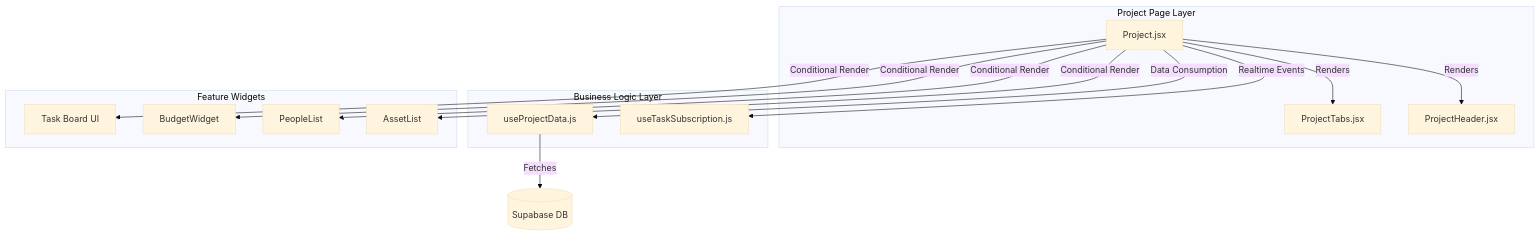
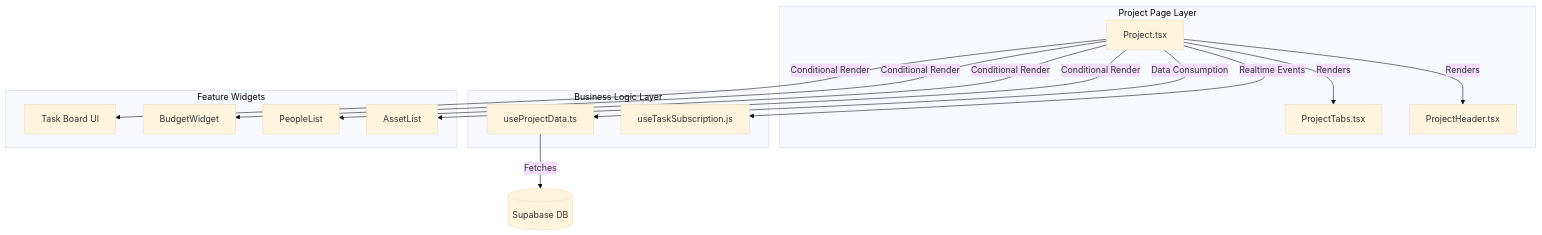
One commit to JoelA510/PlanterPlan-Alpha changed the sixth of 7 diagrams in .ai-ignore/docs/FULL_ARCHITECTURE.md. Above: the diagram before and after it, drawn with Mermaid (base theme). The commit also changed other lines of this file and 25 other files, not shown here.

Commit message:
docs: Update architecture, context, and prompts for Wave 16 build stabilization

````diff
--- a/.ai-ignore/docs/FULL_ARCHITECTURE.md
+++ b/.ai-ignore/docs/FULL_ARCHITECTURE.md
@@ -932,33 +933,33 @@
 ```mermaid
 graph TD
     subgraph Page [Project Page Layer]
-        PageComp[Project.jsx]
-        Tabs[ProjectTabs.jsx]
-        Header[ProjectHeader.jsx]
+        PageComp[Project.tsx]
+        Tabs[ProjectTabs.tsx]
+        Header[ProjectHeader.tsx]
     end
 
     subgraph Logic [Business Logic Layer]
-        Hook[useProjectData.js]
+        Hook[useProjectData.ts]
         Sub[useTaskSubscription.js]
     end
 
     subgraph Feature [Feature Widgets]
         Board[Task Board UI]
         Budget[BudgetWidget]
         People[PeopleList]
         Assets[AssetList]
     end
 
     PageComp -->|Data Consumption| Hook
     PageComp -->|Realtime Events| Sub
     
     PageComp -->|Renders| Header
     PageComp -->|Renders| Tabs
     
     PageComp -->|Conditional Render| Board
     PageComp -->|Conditional Render| Budget
     PageComp -->|Conditional Render| People
     PageComp -->|Conditional Render| Assets
 
     Hook -->|Fetches| Supabase[(Supabase DB)]
 ```
````
